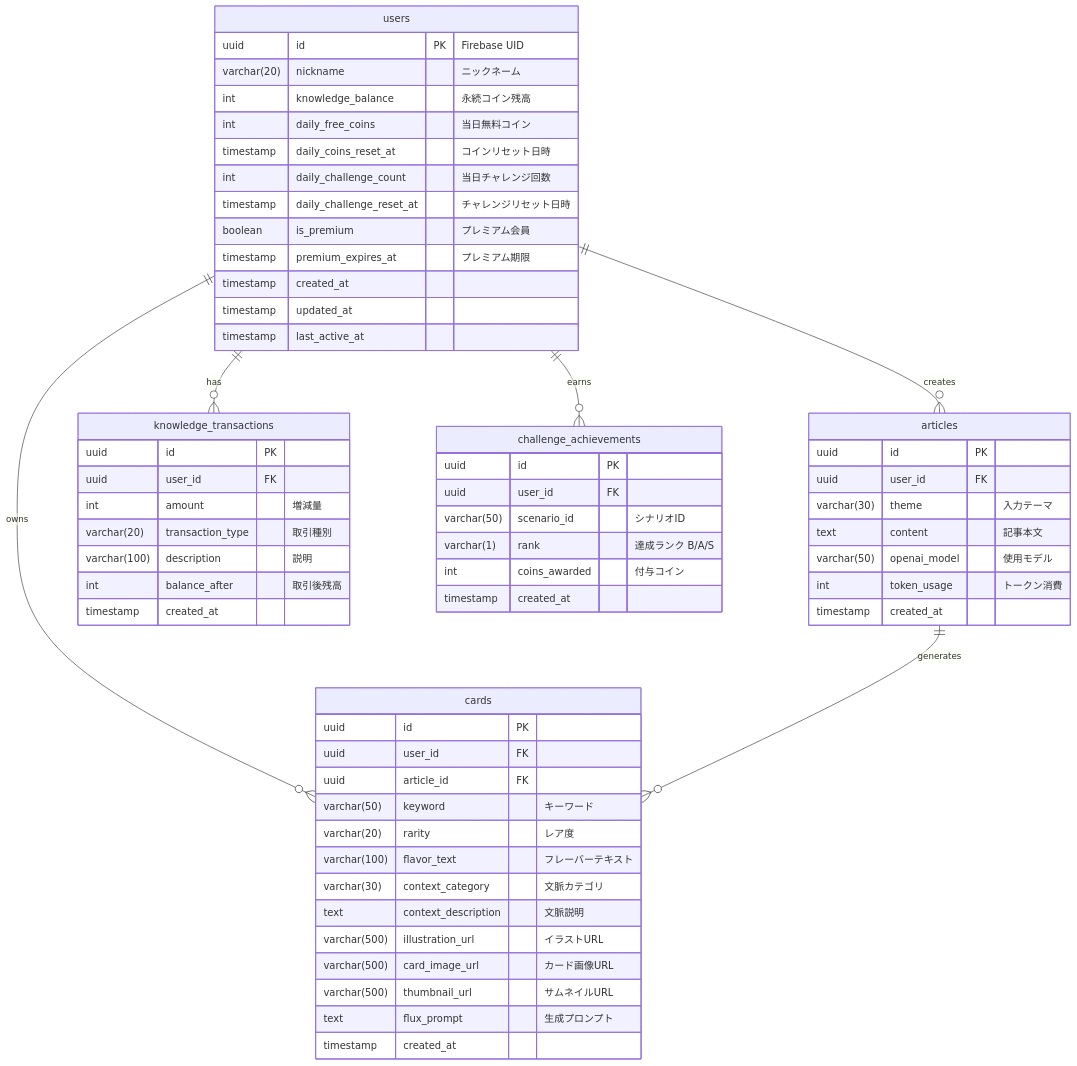
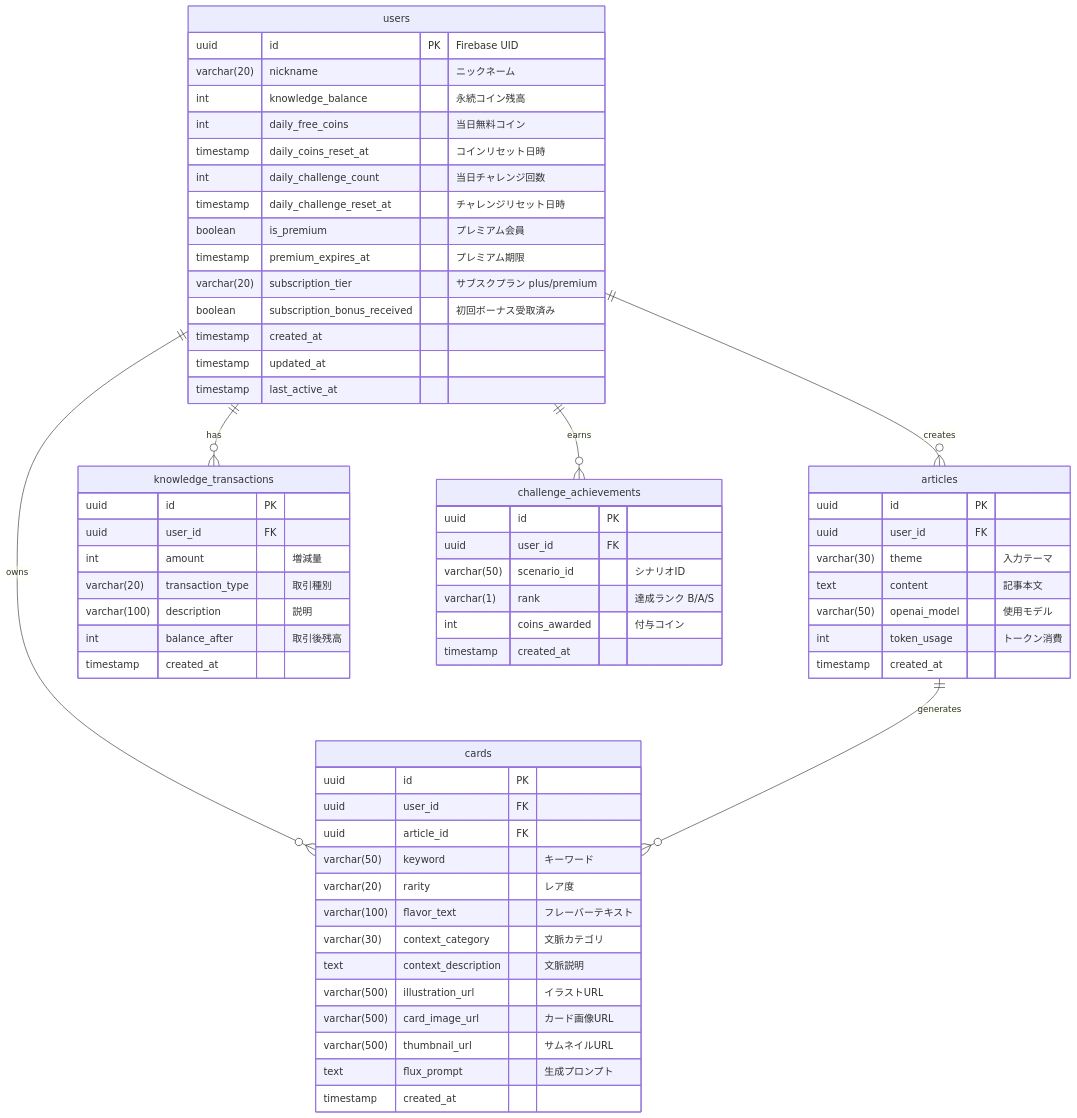
The diagram in docs/06_database.md (ToYamane/articard), drawn with Mermaid before and after one commit. The commit also changed other lines of this file and 15 other files, not shown here.

````diff
--- a/docs/06_database.md
+++ b/docs/06_database.md
@@ -11,68 +11,70 @@
 ```mermaid
 erDiagram
     users ||--o{ articles : "creates"
     users ||--o{ cards : "owns"
     articles ||--o{ cards : "generates"
     users ||--o{ knowledge_transactions : "has"
     users ||--o{ challenge_achievements : "earns"
 
     users {
         uuid id PK "Firebase UID"
         varchar(20) nickname "ニックネーム"
         int knowledge_balance "永続コイン残高"
         int daily_free_coins "当日無料コイン"
         timestamp daily_coins_reset_at "コインリセット日時"
         int daily_challenge_count "当日チャレンジ回数"
         timestamp daily_challenge_reset_at "チャレンジリセット日時"
         boolean is_premium "プレミアム会員"
         timestamp premium_expires_at "プレミアム期限"
+        varchar(20) subscription_tier "サブスクプラン plus/premium"
+        boolean subscription_bonus_received "初回ボーナス受取済み"
         timestamp created_at
         timestamp updated_at
         timestamp last_active_at
     }
 
     articles {
         uuid id PK
         uuid user_id FK
         varchar(30) theme "入力テーマ"
         text content "記事本文"
         varchar(50) openai_model "使用モデル"
         int token_usage "トークン消費"
         timestamp created_at
     }
 
     cards {
         uuid id PK
         uuid user_id FK
         uuid article_id FK
         varchar(50) keyword "キーワード"
         varchar(20) rarity "レア度"
         varchar(100) flavor_text "フレーバーテキスト"
         varchar(30) context_category "文脈カテゴリ"
         text context_description "文脈説明"
         varchar(500) illustration_url "イラストURL"
         varchar(500) card_image_url "カード画像URL"
         varchar(500) thumbnail_url "サムネイルURL"
         text flux_prompt "生成プロンプト"
         timestamp created_at
     }
 
     knowledge_transactions {
         uuid id PK
         uuid user_id FK
         int amount "増減量"
         varchar(20) transaction_type "取引種別"
         varchar(100) description "説明"
         int balance_after "取引後残高"
         timestamp created_at
     }
 
     challenge_achievements {
         uuid id PK
         uuid user_id FK
         varchar(50) scenario_id "シナリオID"
         varchar(1) rank "達成ランク B/A/S"
         int coins_awarded "付与コイン"
         timestamp created_at
     }
 ```
````
